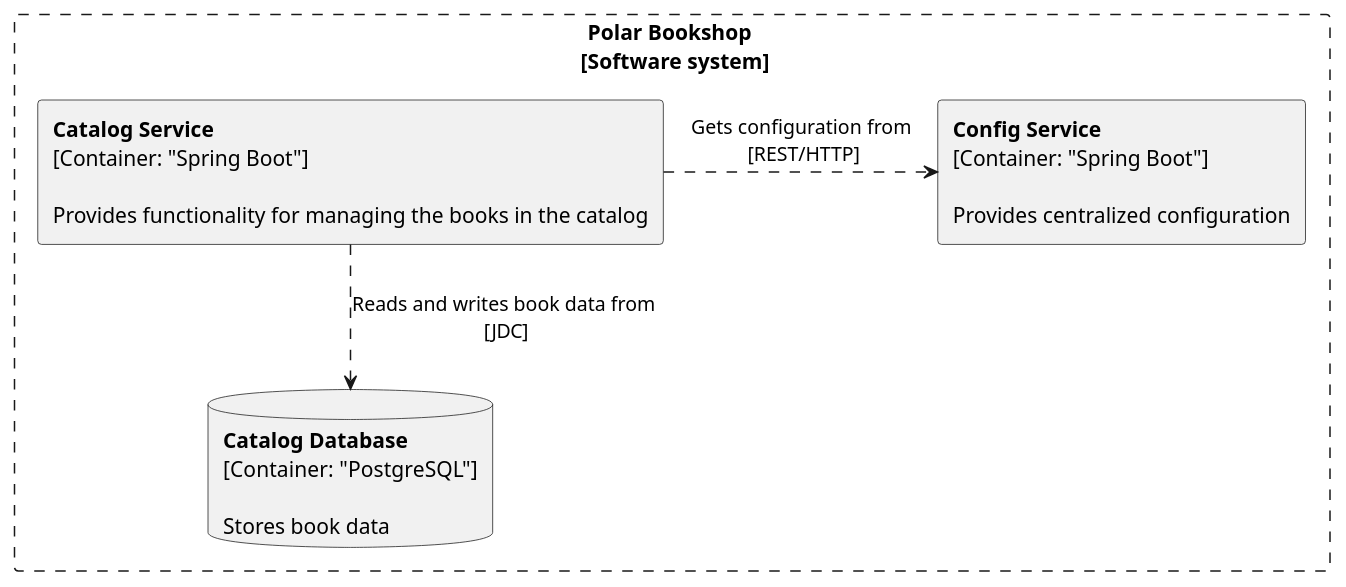
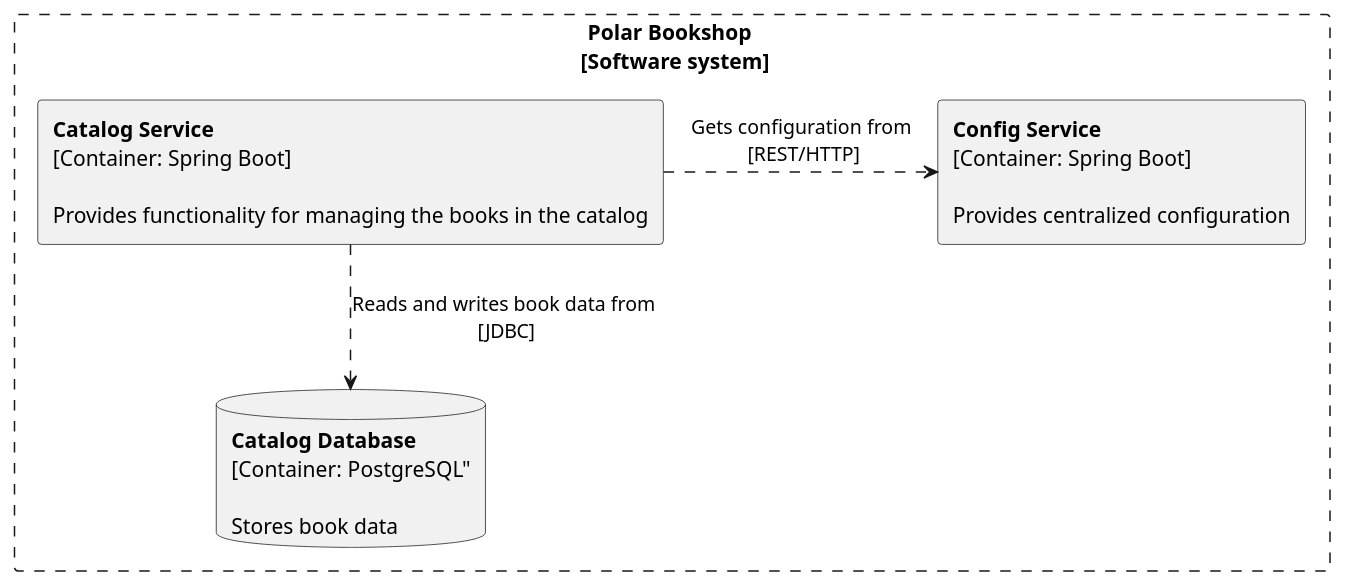
Before and after one commit to nilden/catalog-service: the diagram in doc/system_architecture.puml, drawn with PlantUML.

```diff
--- a/doc/system_architecture.puml
+++ b/doc/system_architecture.puml
@@ -1,31 +1,31 @@
 @startuml
 allow_mixing
 
 rectangle "Polar Bookshop \n [Software system]" #line.dashed {
     rectangle catalogService [
         **Catalog Service**
-        [Container: "Spring Boot"]
+        [Container: Spring Boot]
 
         Provides functionality for managing the books in the catalog
     ]
 
     rectangle configService [
         **Config Service**
-        [Container: "Spring Boot"]
+        [Container: Spring Boot]
 
         Provides centralized configuration
     ]
 
     database catalogDatabase [
         **Catalog Database**
-        [Container: "PostgreSQL"]
+        [Container: PostgreSQL"
 
         Stores book data
     ]
 }
 
 
 catalogService .right> configService: Gets configuration from\n [REST/HTTP]
-catalogService ..> catalogDatabase: Reads and writes book data from\n [JDC]
+catalogService ..> catalogDatabase: Reads and writes book data from\n [JDBC]
 
 @enduml
```
